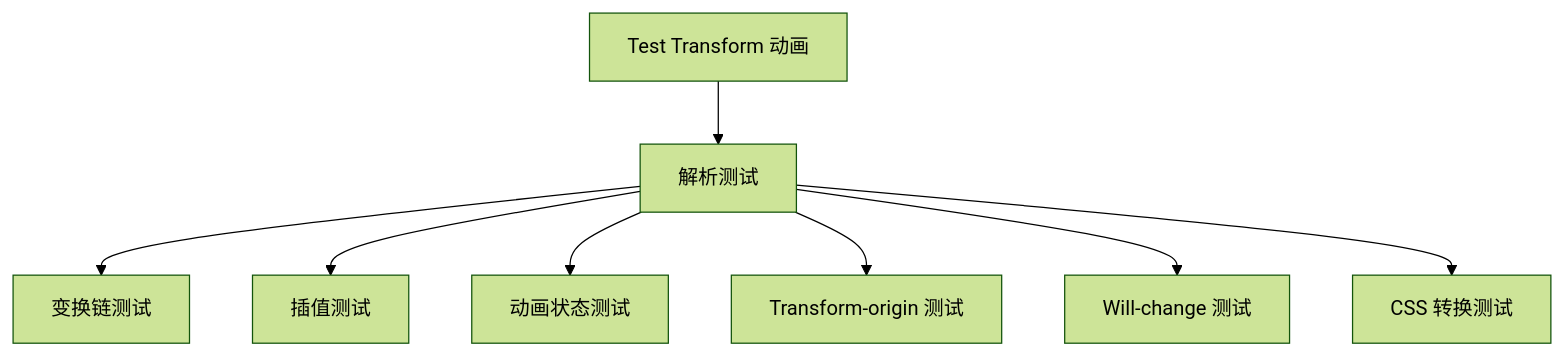
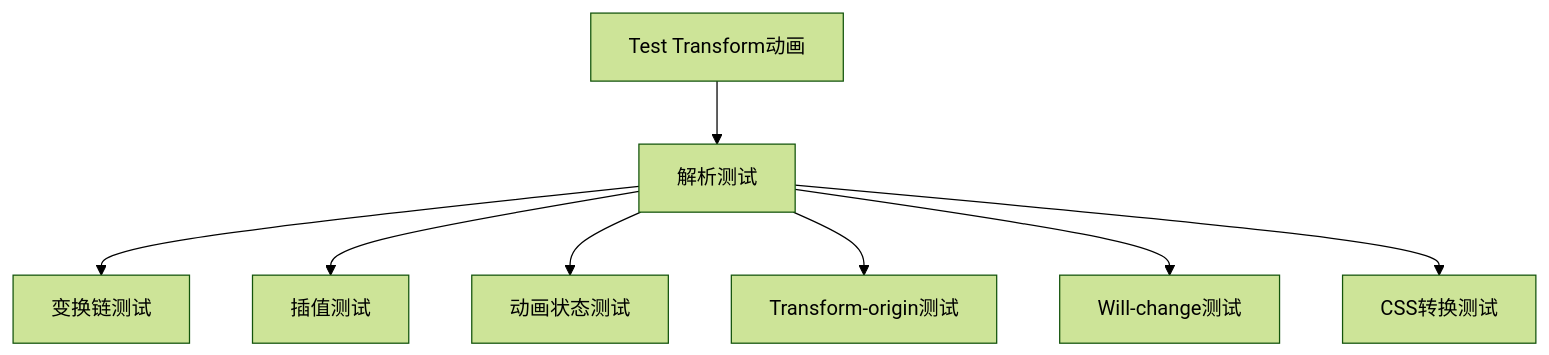
Before and after one commit to itszzl-sudo/iris: the tenth of 15 diagrams in .qoder/repowiki/zh/content/核心功能特性/工程化与商业化能力/测试框架与基础设施/测试框架与基础设施.md, drawn with Mermaid (forest theme). The commit also changed other lines of this file and 4 other files, not shown here.

````diff
--- a/.qoder/repowiki/zh/content/核心功能特性/工程化与商业化能力/测试框架与基础设施/测试框架与基础设施.md
+++ b/.qoder/repowiki/zh/content/核心功能特性/工程化与商业化能力/测试框架与基础设施/测试框架与基础设施.md
@@ -359,10 +429,10 @@
 ```mermaid
 flowchart TD
-TRANSFORM[Test Transform 动画] --> PARSE[解析测试]
+TRANSFORM[Test Transform动画] --> PARSE[解析测试]
 PARSE --> CHAIN[变换链测试]
 PARSE --> INTERPOLATE[插值测试]
 PARSE --> ANIMATION[动画状态测试]
-PARSE --> ORIGIN[Transform-origin 测试]
-PARSE --> WILLCHANGE[Will-change 测试]
-PARSE --> CSS[CSS 转换测试]
+PARSE --> ORIGIN[Transform-origin测试]
+PARSE --> WILLCHANGE[Will-change测试]
+PARSE --> CSS[CSS转换测试]
 ```
````
